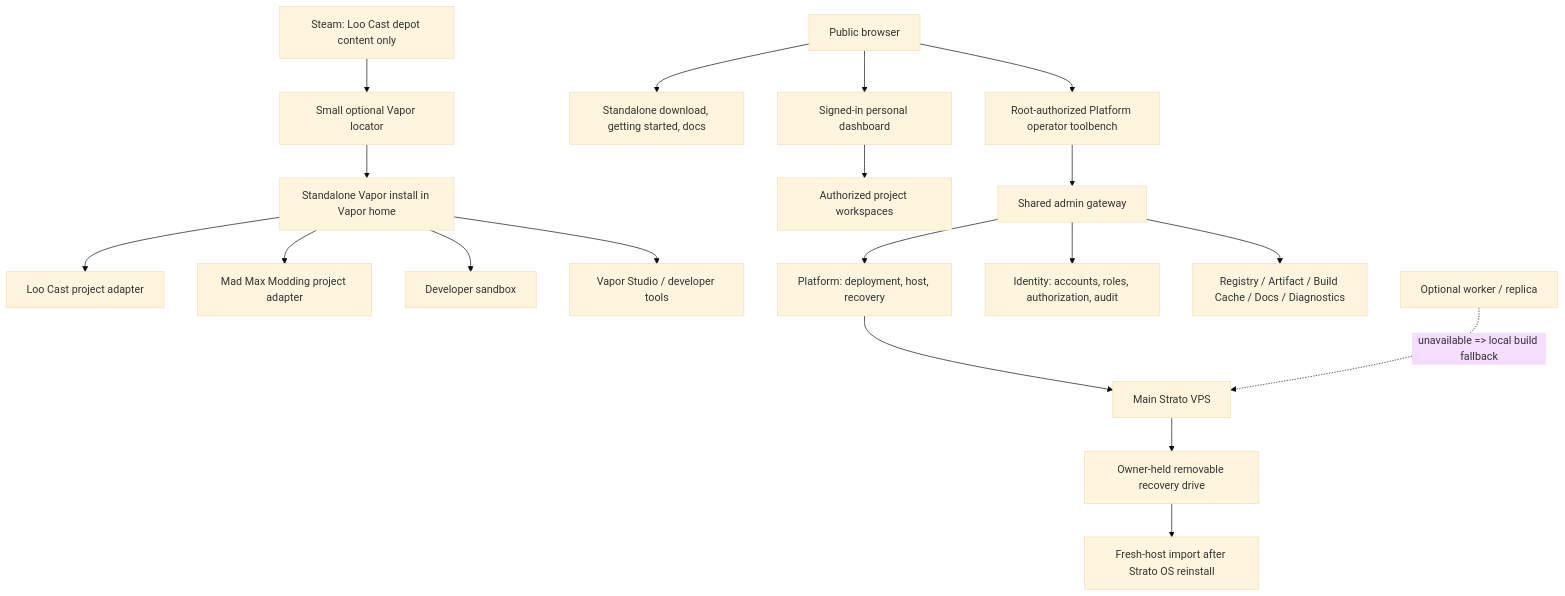
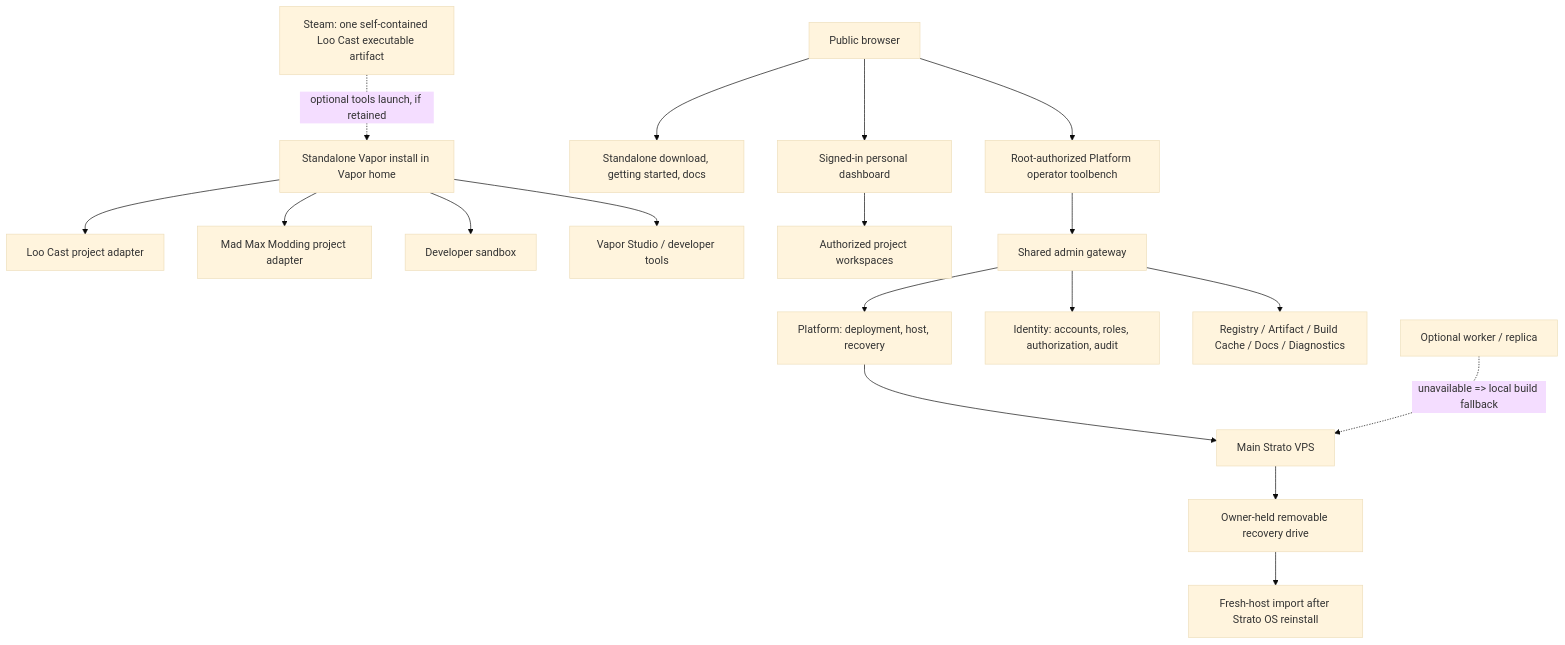
Before and after one commit to GHF-Studios/Vapor-Platform-Server: the diagram in docs/superpowers/specs/2026-11-08-vapor-platform-and-product-rebuild-charter.md, drawn with Mermaid (base theme). The commit also changed other lines of this file and 5 other files, not shown here.

Commit message:
Clarify Loo Cast Steam artifact boundary

````diff
--- a/docs/superpowers/specs/2026-11-08-vapor-platform-and-product-rebuild-charter.md
+++ b/docs/superpowers/specs/2026-11-08-vapor-platform-and-product-rebuild-charter.md
@@ -15,22 +15,22 @@
 ```mermaid
 flowchart TB
-  Steam[Steam: Loo Cast depot content only] --> Locator[Small optional Vapor locator]
-  Locator --> Runtime[Standalone Vapor install in Vapor home]
+  Steam[Steam: one self-contained Loo Cast executable artifact]
+  Steam -. optional tools launch, if retained .-> Runtime[Standalone Vapor install in Vapor home]
   Runtime --> LC[Loo Cast project adapter]
   Runtime --> MM[Mad Max Modding project adapter]
   Runtime --> Sandbox[Developer sandbox]
   Runtime --> Tools[Vapor Studio / developer tools]
 
   Browser[Public browser] --> Public[Standalone download, getting started, docs]
   Browser --> User[Signed-in personal dashboard]
   User --> Project[Authorized project workspaces]
   Browser --> Admin[Root-authorized Platform operator toolbench]
   Admin --> Gateway[Shared admin gateway]
   Gateway --> Platform[Platform: deployment, host, recovery]
   Gateway --> Identity[Identity: accounts, roles, authorization, audit]
   Gateway --> Services[Registry / Artifact / Build Cache / Docs / Diagnostics]
   Platform --> Main[Main Strato VPS]
   Worker[Optional worker / replica] -. unavailable => local build fallback .-> Main
   USB[Owner-held removable recovery drive] --> Restore[Fresh-host import after Strato OS reinstall]
   Main --> USB
 ```
````
